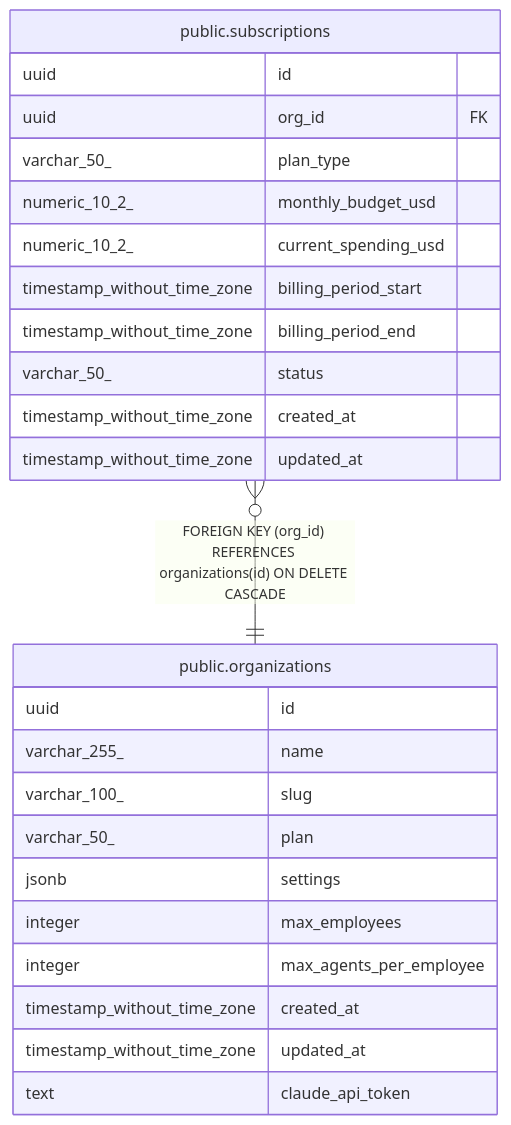
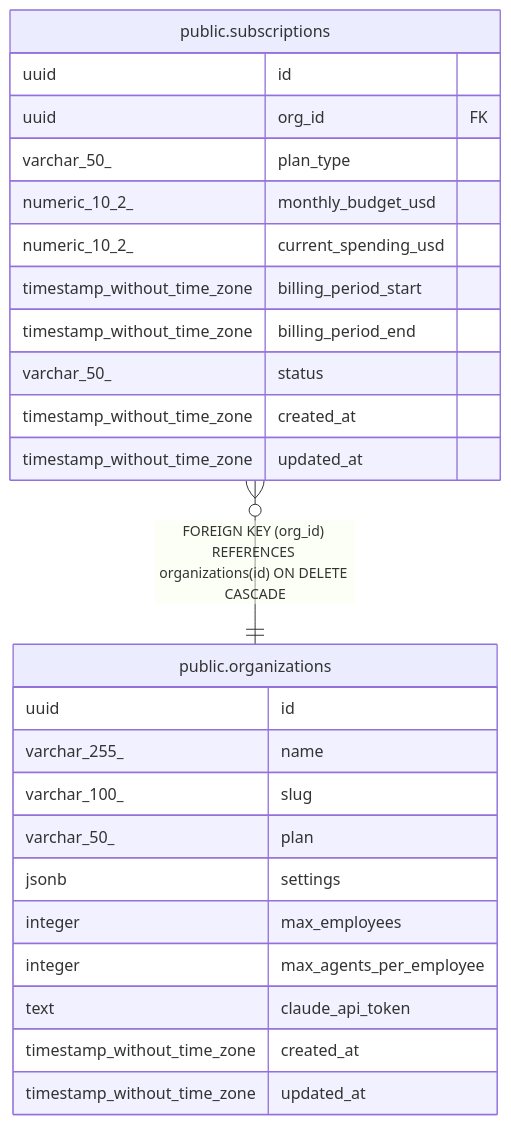
One commit to rastrigin-systems/arfa changed the diagram in docs/public.subscriptions.md. Above: the diagram before and after it, drawn with Mermaid. The commit also changed other lines of this file and 57 other files, not shown here.

````diff
--- a/docs/public.subscriptions.md
+++ b/docs/public.subscriptions.md
@@ -41,30 +41,30 @@
 ```mermaid
 erDiagram
 
 "public.subscriptions" }o--|| "public.organizations" : "FOREIGN KEY (org_id) REFERENCES organizations(id) ON DELETE CASCADE"
 
 "public.subscriptions" {
   uuid id
   uuid org_id FK
   varchar_50_ plan_type
   numeric_10_2_ monthly_budget_usd
   numeric_10_2_ current_spending_usd
   timestamp_without_time_zone billing_period_start
   timestamp_without_time_zone billing_period_end
   varchar_50_ status
   timestamp_without_time_zone created_at
   timestamp_without_time_zone updated_at
 }
 "public.organizations" {
   uuid id
   varchar_255_ name
   varchar_100_ slug
   varchar_50_ plan
   jsonb settings
   integer max_employees
   integer max_agents_per_employee
+  text claude_api_token
   timestamp_without_time_zone created_at
   timestamp_without_time_zone updated_at
-  text claude_api_token
 }
 ```
````
